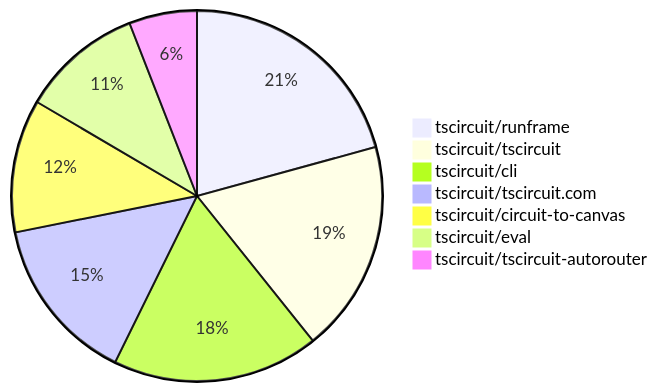
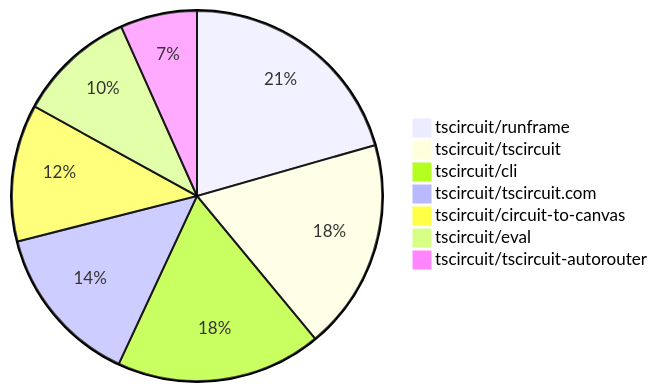
The second of 2 diagrams in README.md (tscircuit/contribution-tracker), drawn with Mermaid before and after one commit. The commit also changed other lines of this file and 3 other files, not shown here.

````diff
--- a/README.md
+++ b/README.md
@@ -128,10 +131,10 @@
 ```mermaid
 pie
-    "tscircuit/runframe" : 84
-    "tscircuit/tscircuit" : 75
-    "tscircuit/cli" : 73
+    "tscircuit/runframe" : 86
+    "tscircuit/tscircuit" : 77
+    "tscircuit/cli" : 75
     "tscircuit/tscircuit.com" : 59
-    "tscircuit/circuit-to-canvas" : 47
+    "tscircuit/circuit-to-canvas" : 50
     "tscircuit/eval" : 43
-    "tscircuit/tscircuit-autorouter" : 24
+    "tscircuit/tscircuit-autorouter" : 28
 ```
````
